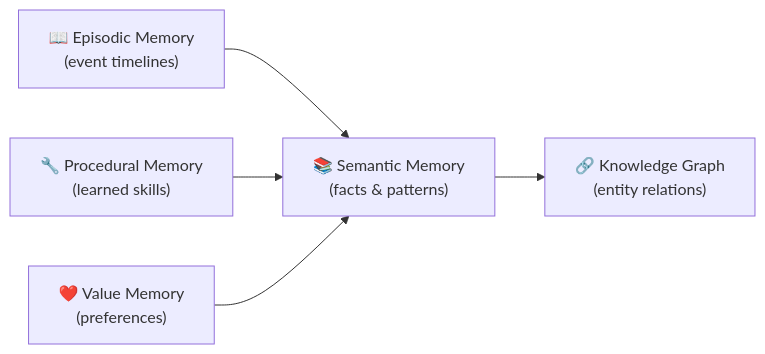
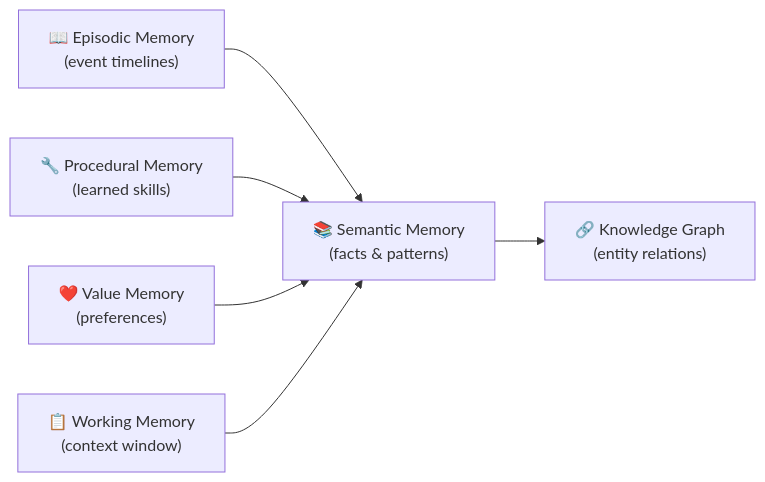
Before and after one commit to HBLLM/hbllm-core: the diagram in docs/architecture/memory-systems.md, drawn with Mermaid. The commit also changed other lines of this file and 21 other files, not shown here.

````diff
--- a/docs/architecture/memory-systems.md
+++ b/docs/architecture/memory-systems.md
@@ -12,13 +12,15 @@
 ```mermaid
 graph LR
     EM["📖 Episodic Memory<br/>(event timelines)"]
     SM["📚 Semantic Memory<br/>(facts & patterns)"]
     PM["🔧 Procedural Memory<br/>(learned skills)"]
     VM["❤️ Value Memory<br/>(preferences)"]
     KG["🔗 Knowledge Graph<br/>(entity relations)"]
+    WM["📋 Working Memory<br/>(context window)"]
     
     EM --> SM
     SM --> KG
     PM --> SM
     VM --> SM
+    WM --> SM
 ```
````
